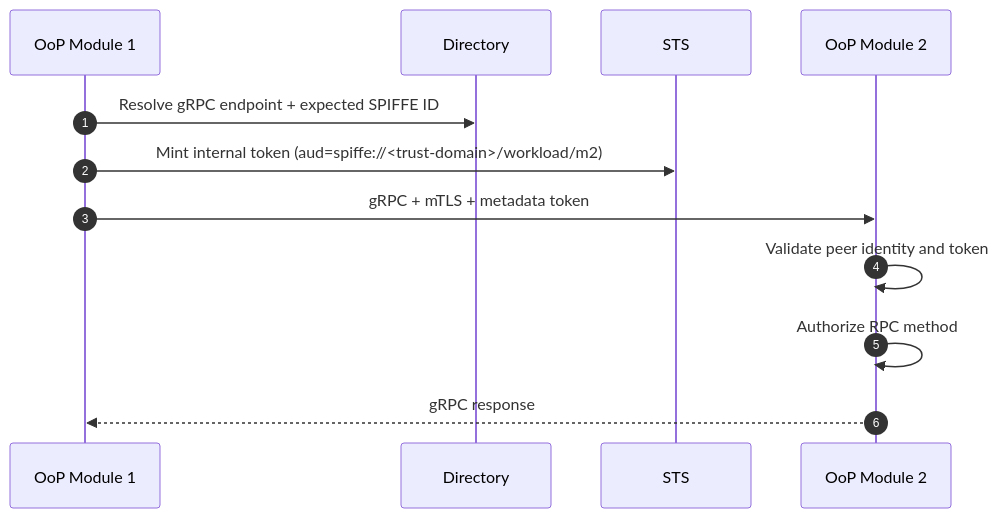
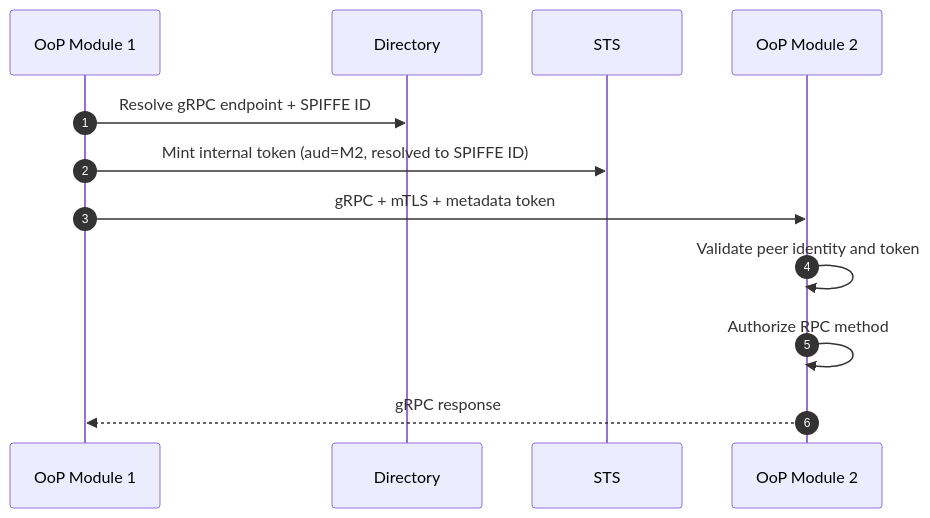
One commit to MikeFalcon77/modkit-zero-trust changed the fifth of 5 diagrams in modkit_zero_trust.MD. Above: the diagram before and after it, drawn with Mermaid. The commit also changed other lines of this file, not shown here.

First line of the commit message:
feat(zero-trust v2): clarify STS role, SPIFFE usage, bootstrap flows, and enforcement boundaries

````diff
--- a/modkit_zero_trust.MD
+++ b/modkit_zero_trust.MD
@@ -1298,15 +1048,15 @@
 ```mermaid
 sequenceDiagram
   autonumber
   participant M1 as OoP Module 1
   participant DIR as Directory
   participant STS as STS
   participant M2 as OoP Module 2
 
-  M1->>DIR: Resolve gRPC endpoint + expected SPIFFE ID
-  M1->>STS: Mint internal token (aud=spiffe://<trust-domain>/workload/m2)
+  M1->>DIR: Resolve gRPC endpoint + SPIFFE ID
+  M1->>STS: Mint internal token (aud=M2, resolved to SPIFFE ID)
   M1->>M2: gRPC + mTLS + metadata token
   M2->>M2: Validate peer identity and token
   M2->>M2: Authorize RPC method
   M2-->>M1: gRPC response
 ```
````
